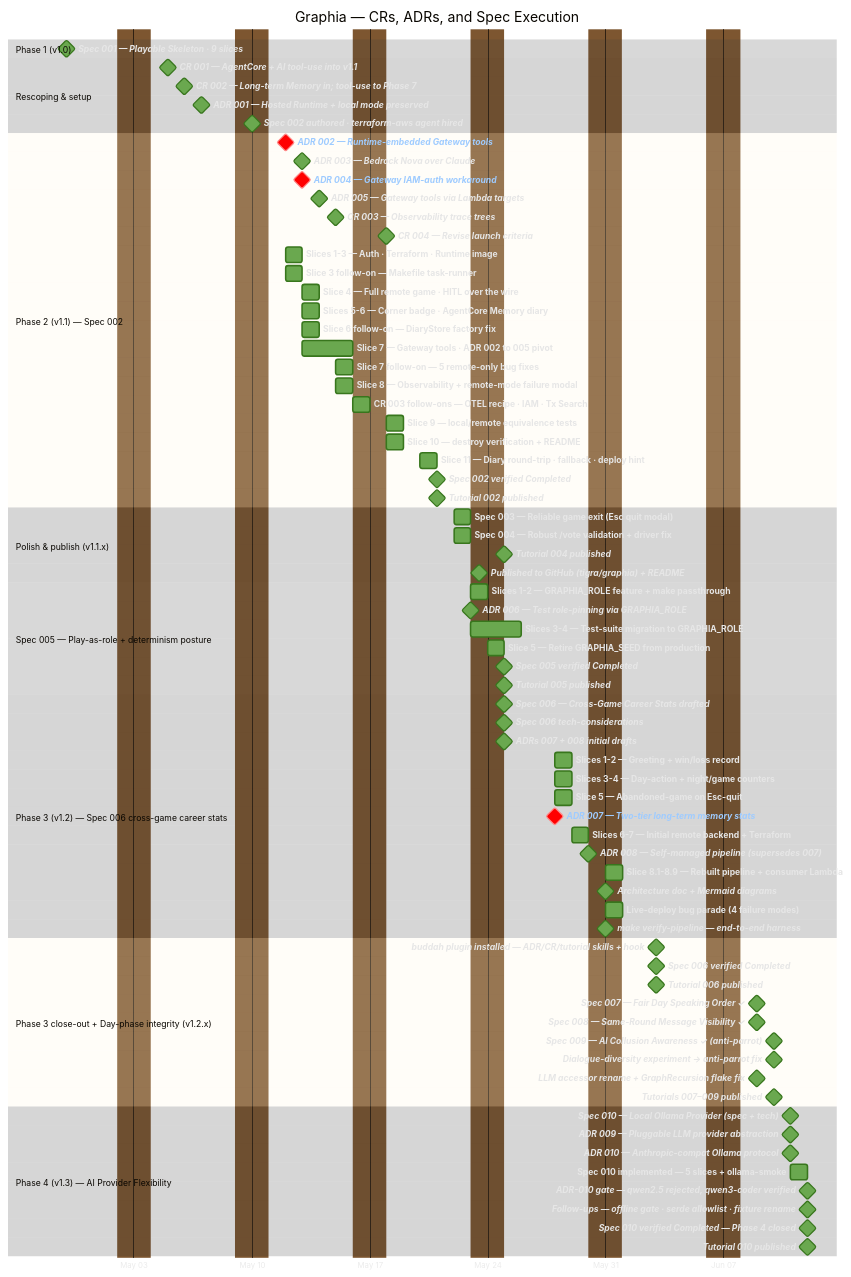
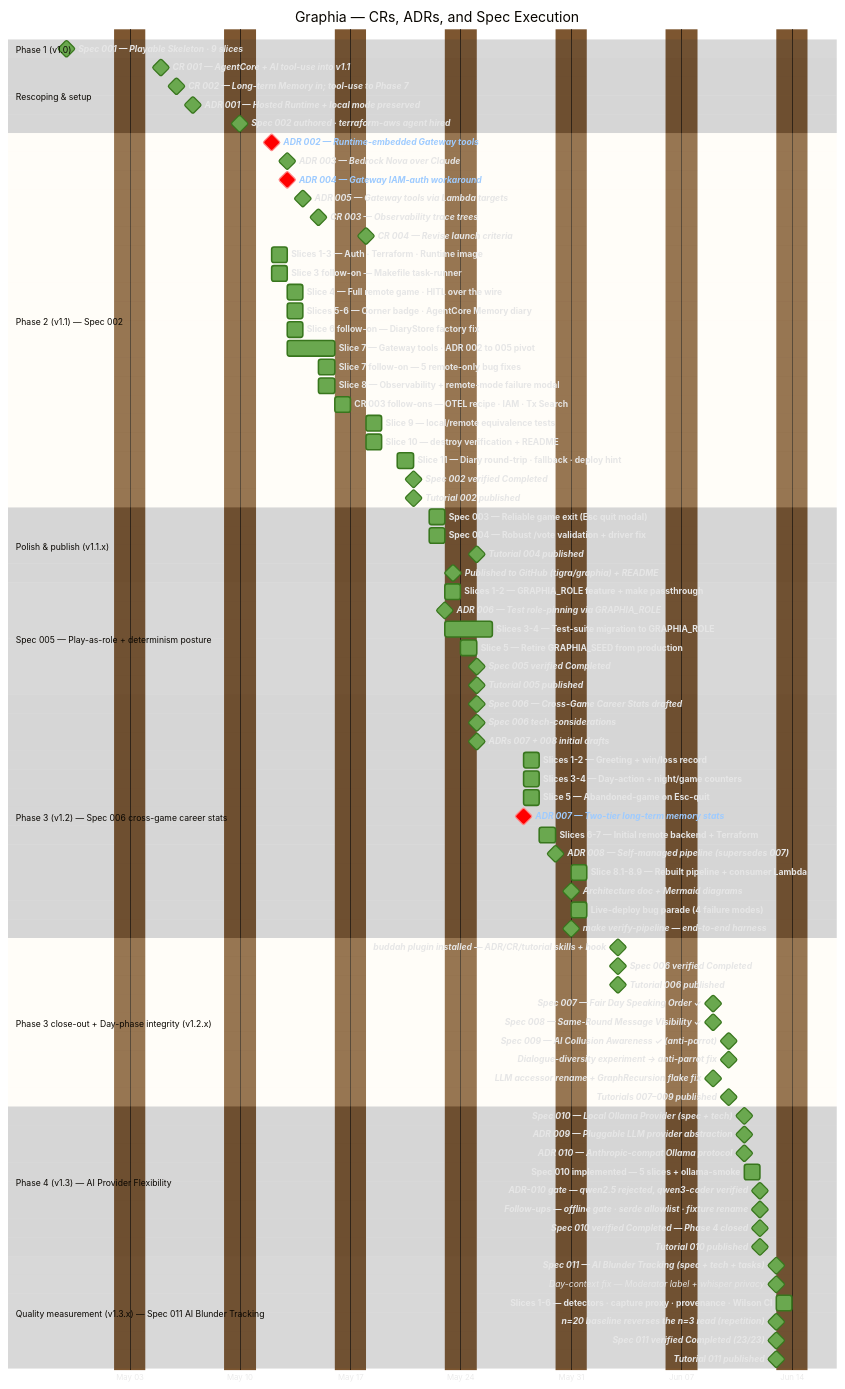
One commit to tigra/graphia changed the diagram in context/project-timeline.md. Above: the diagram before and after it, drawn with Mermaid. The commit also changed other lines of this file and 4 other files, not shown here.

First line of the commit message:
Tutorial 011 + tutorials index + timeline Act 11

````diff
--- a/context/project-timeline.md
+++ b/context/project-timeline.md
@@ -104,6 +104,14 @@
     Spec 010 verified Completed — Phase 4 closed         :milestone, done, sp10v, 2026-06-12, 0d
     Tutorial 010 published                               :milestone, done, t10, 2026-06-12, 0d
 
+    section Quality measurement (v1.3.x) — Spec 011 AI Blunder Tracking
+    Spec 011 — AI Blunder Tracking (spec + tech + tasks) :milestone, done, sp11, 2026-06-13, 0d
+    Day-context fix — Moderator label + whisper privacy  :milestone, done, dcf, 2026-06-13, 0d
+    Slices 1-6 — detectors · capture proxy · provenance · Wilson CI :done, sp11impl, 2026-06-13, 1d
+    n=20 baseline reverses the n=3 read (repetition)     :milestone, done, base11, 2026-06-13, 0d
+    Spec 011 verified Completed (23/23)                  :milestone, done, sp11v, 2026-06-13, 0d
+    Tutorial 011 published                               :milestone, done, t11, 2026-06-13, 0d
+
     click sp1 href "https://github.com/tigra/graphia/tree/main/context/spec/001-playable-skeleton"
     click m1 href "https://github.com/tigra/graphia/blob/main/context/change-requests/001-agentcore-and-tools-in-scope.md"
     click m2 href "https://github.com/tigra/graphia/blob/main/context/change-requests/002-long-term-memory-for-cross-game-stats.md"
@@ -169,4 +177,9 @@
     click fups href "https://github.com/tigra/graphia/blob/main/context/spec/010-local-ollama-provider/tasks.md"
     click sp10v href "https://github.com/tigra/graphia/blob/main/context/spec/010-local-ollama-provider/functional-spec.md"
     click t10 href "https://github.com/tigra/graphia/blob/main/context/tutorials/010-local-ollama-provider/tutorial.md"
+    click sp11 href "https://github.com/tigra/graphia/tree/main/context/spec/011-ai-blunder-tracking"
+    click sp11impl href "https://github.com/tigra/graphia/blob/main/context/spec/011-ai-blunder-tracking/tasks.md"
+    click base11 href "https://github.com/tigra/graphia/blob/main/evals/blunder-ledger.yaml"
+    click sp11v href "https://github.com/tigra/graphia/blob/main/context/spec/011-ai-blunder-tracking/functional-spec.md"
+    click t11 href "https://github.com/tigra/graphia/blob/main/context/tutorials/011-ai-blunder-tracking/tutorial.md"
 ```
````
